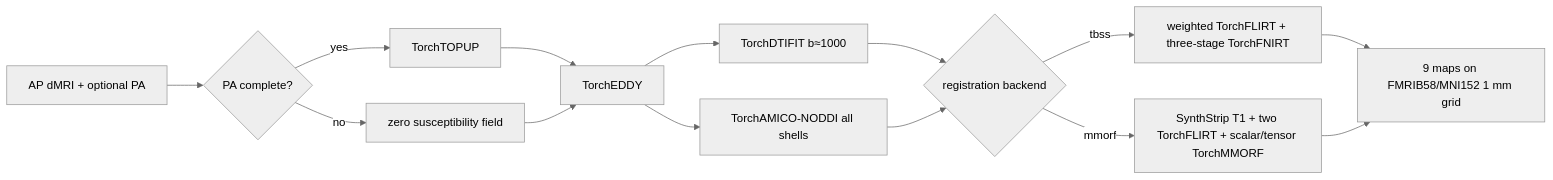
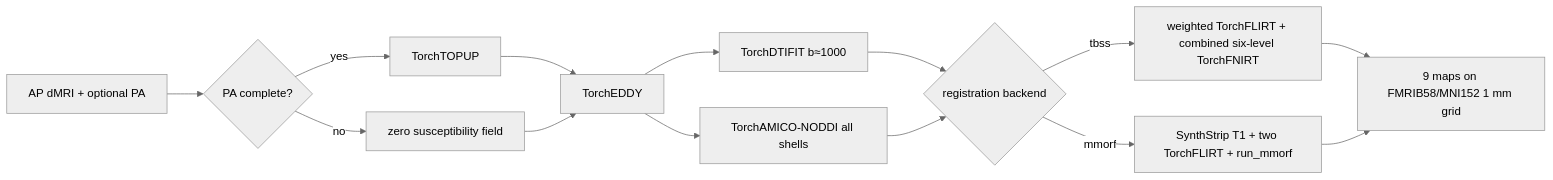
One commit to weikanggong1/Fudan-Neuroimaging-toolkit changed the diagram in docs/dmri_pipeline/README.md. Above: the diagram before and after it, drawn with Mermaid (neutral theme). The commit also changed other lines of this file and 16 other files, not shown here.

Commit message:
Expose MMORF API and diagnose TBSS runtime

```diff
--- a/docs/dmri_pipeline/README.md
+++ b/docs/dmri_pipeline/README.md
@@ -7,16 +7,16 @@
 ~~~mermaid
 flowchart LR
   A[AP dMRI + optional PA] --> B{PA complete?}
   B -->|yes| C[TorchTOPUP]
   B -->|no| D[zero susceptibility field]
   C --> E[TorchEDDY]
   D --> E
   E --> F[TorchDTIFIT b≈1000]
   E --> G[TorchAMICO-NODDI all shells]
   F --> H{registration backend}
   G --> H
-  H -->|tbss| I[weighted TorchFLIRT + three-stage TorchFNIRT]
-  H -->|mmorf| J[SynthStrip T1 + two TorchFLIRT + scalar/tensor TorchMMORF]
+  H -->|tbss| I[weighted TorchFLIRT + combined six-level TorchFNIRT]
+  H -->|mmorf| J[SynthStrip T1 + two TorchFLIRT + run_mmorf]
   I --> K[9 maps on FMRIB58/MNI152 1 mm grid]
   J --> K
 ~~~
```
